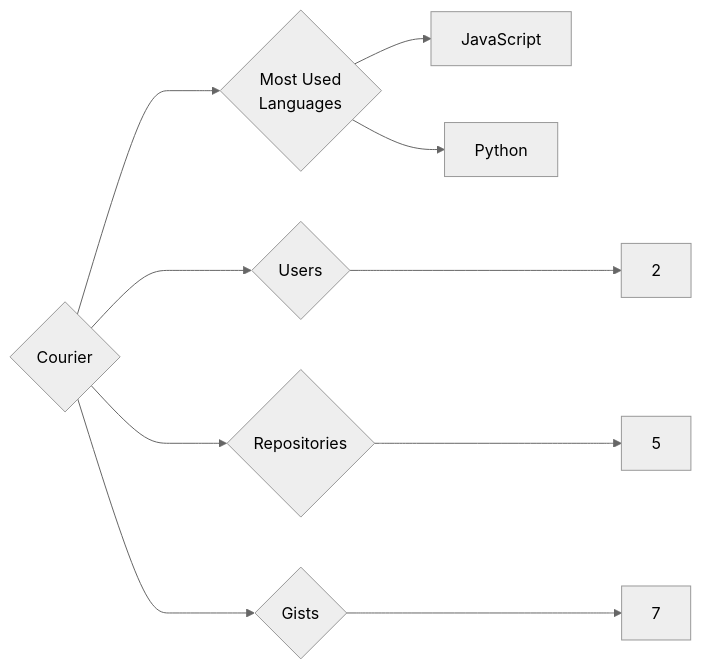
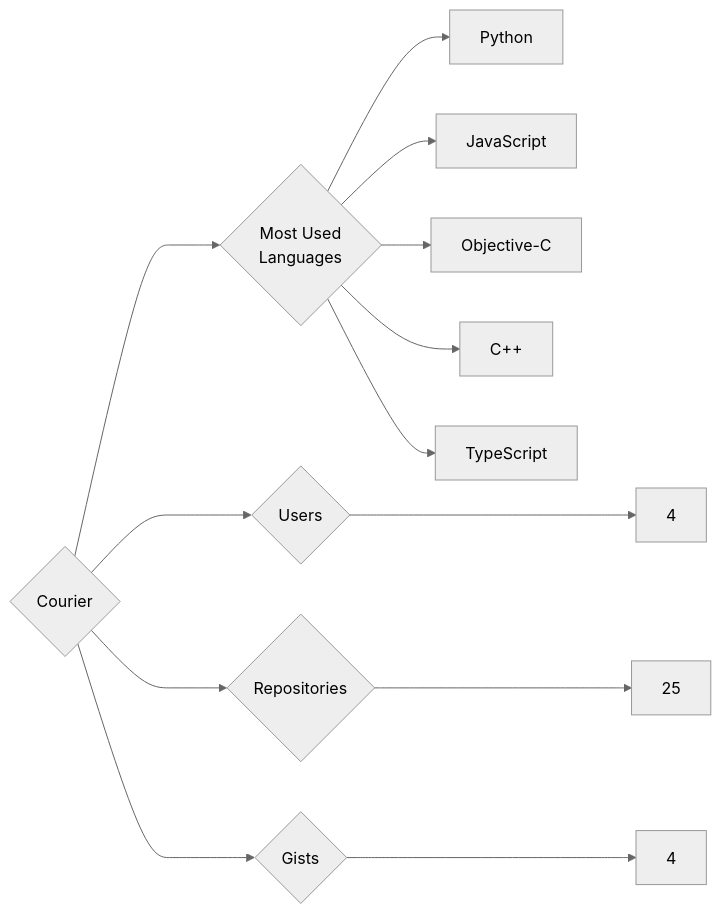
One commit to trickest/insiders changed the diagram in targets/Courier/README.md. Above: the diagram before and after it, drawn with Mermaid (neutral theme). The commit also changed 1023 other files, not shown here.

````diff
--- a/targets/Courier/README.md
+++ b/targets/Courier/README.md
@@ -3,10 +3,13 @@
 ```mermaid
 graph LR
 COMPANY_NAME{Courier}
-COMPANY_NAME ---> U{Users} ---> UN[2]
-COMPANY_NAME ---> R{Repositories} ---> RN[5]
-COMPANY_NAME ---> G{Gists} ---> GN[7]
+COMPANY_NAME ---> U{Users} ---> UN[4]
+COMPANY_NAME ---> R{Repositories} ---> RN[25]
+COMPANY_NAME ---> G{Gists} ---> GN[4]
 COMPANY_NAME ---> ML{Most Used<br>Languages}
+ML --> Python[Python]
 ML --> JavaScript[JavaScript]
-ML --> Python[Python]
+ML --> Objective-C[Objective-C]
+ML --> C++[C++]
+ML --> TypeScript[TypeScript]
 ```
````
